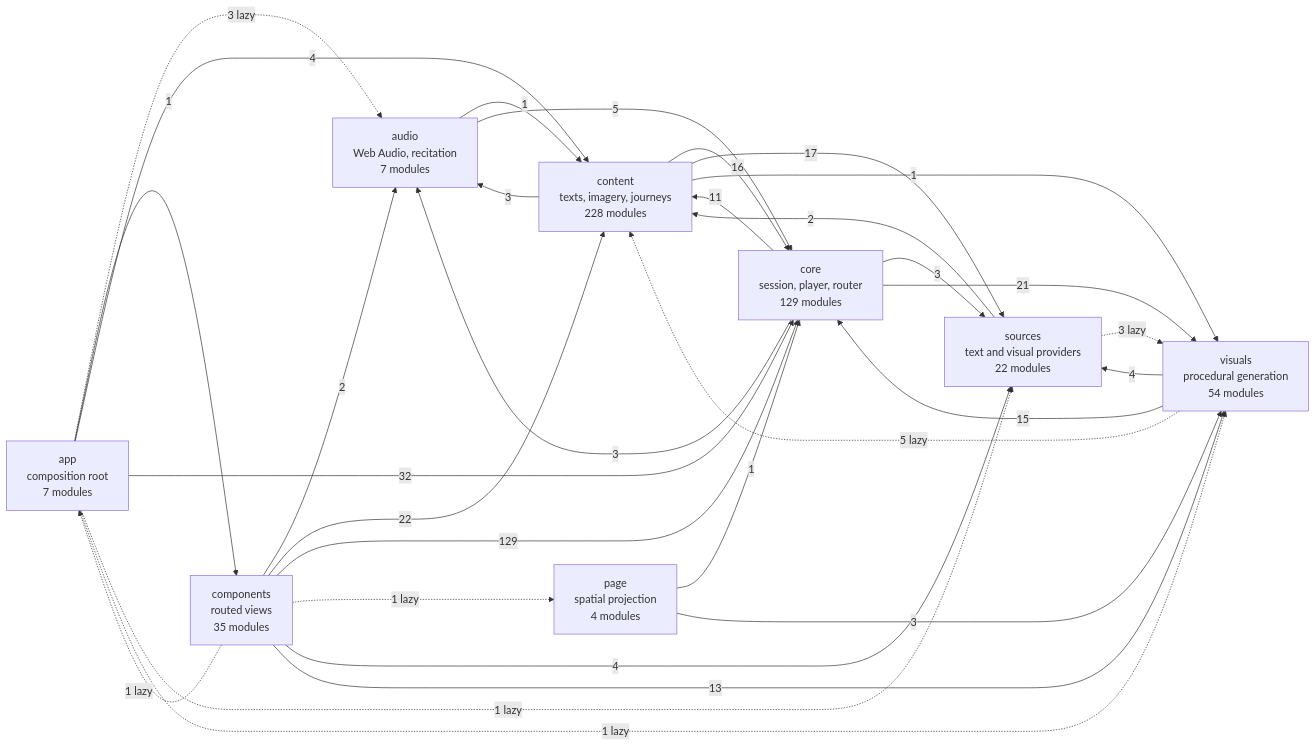
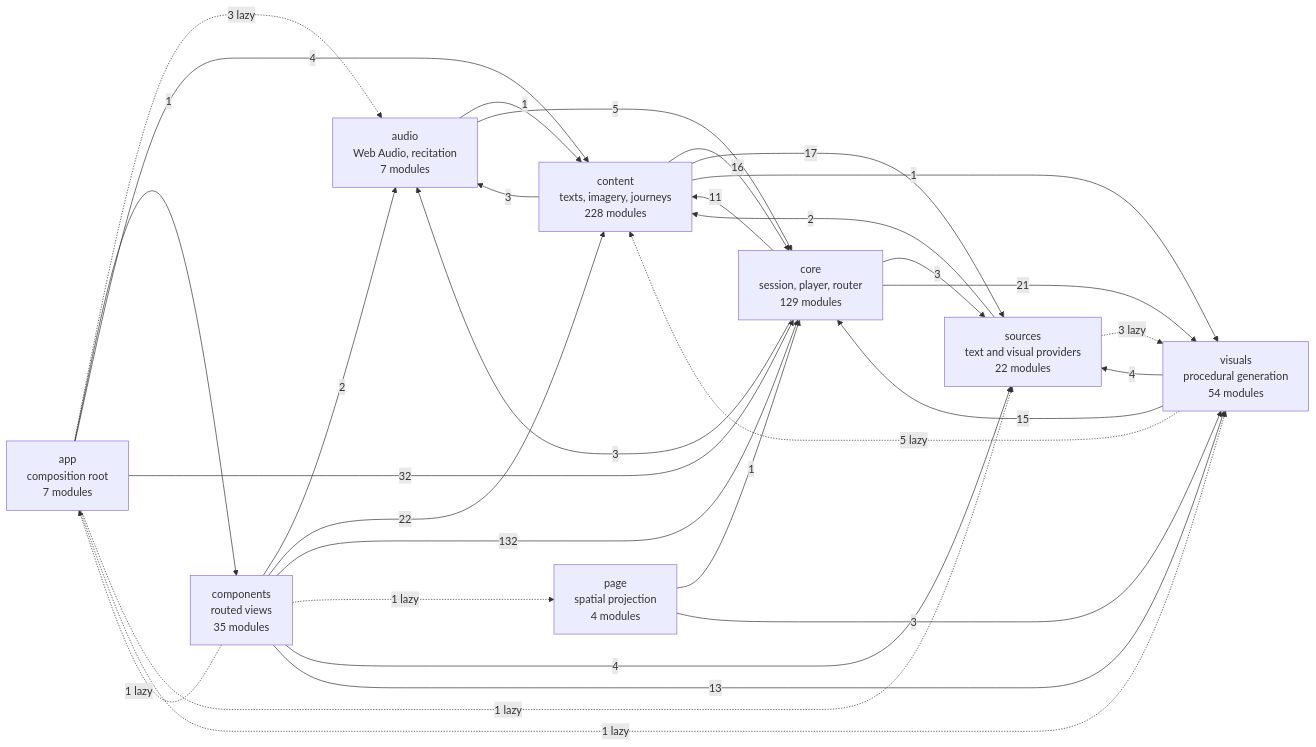
The diagram in docs/specs/ARCHITECTURE.md (SyberLabs/RISE), drawn with Mermaid before and after one commit. The commit also changed other lines of this file and 30 other files, not shown here.

````diff
--- a/docs/specs/ARCHITECTURE.md
+++ b/docs/specs/ARCHITECTURE.md
@@ -160,42 +160,42 @@
 ```mermaid
 flowchart LR
     app["app<br/>composition root<br/>7 modules"]
     audio["audio<br/>Web Audio, recitation<br/>7 modules"]
     components["components<br/>routed views<br/>35 modules"]
     content["content<br/>texts, imagery, journeys<br/>228 modules"]
     core["core<br/>session, player, router<br/>129 modules"]
     page["page<br/>spatial projection<br/>4 modules"]
     sources["sources<br/>text and visual providers<br/>22 modules"]
     visuals["visuals<br/>procedural generation<br/>54 modules"]
 
     app -.-> |3 lazy| audio
     app --> |1| components
     app --> |4| content
     app --> |32| core
     app -.-> |1 lazy| sources
     app -.-> |1 lazy| visuals
     audio --> |1| content
     audio --> |5| core
     components -.-> |1 lazy| app
     components --> |2| audio
     components --> |22| content
-    components --> |129| core
+    components --> |132| core
     components -.-> |1 lazy| page
     components --> |4| sources
     components --> |13| visuals
     content --> |3| audio
     content --> |16| core
     content --> |17| sources
     content --> |1| visuals
     core --> |3| audio
     core --> |11| content
     core --> |3| sources
     core --> |21| visuals
     page --> |1| core
     page --> |3| visuals
     sources --> |2| content
     sources -.-> |3 lazy| visuals
     visuals -.-> |5 lazy| content
     visuals --> |15| core
     visuals --> |4| sources
 ```
````
